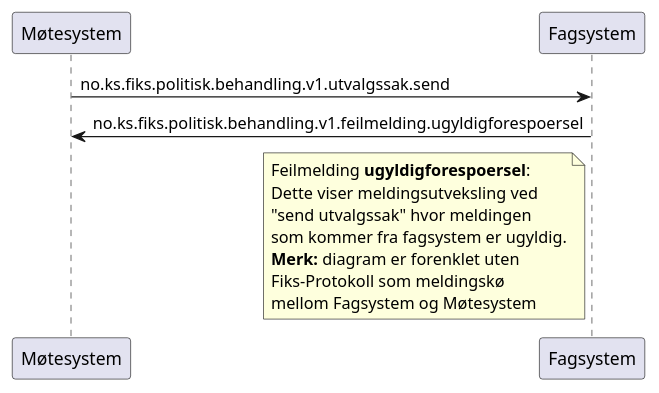
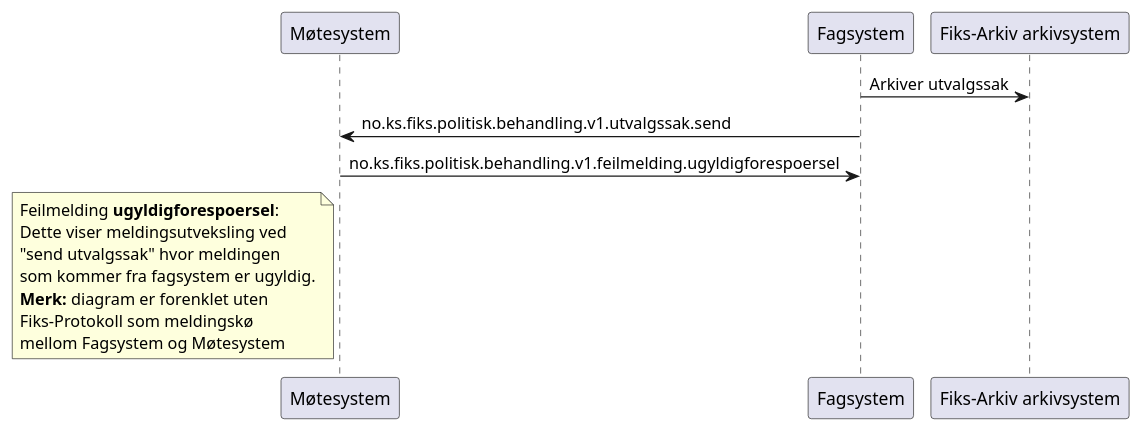
One commit to ks-no/fiks-politisk-behandling-specification changed the diagram in Dokumentasjon/V1/meldingsutveksling/utvalgssak-send/sekvensdiagram/sekvensdiagram-utvalgssak-send-ugyldigforespoersel.puml. Above: the diagram before and after it, drawn with PlantUML. The commit also changed 57 other files, not shown here.

Commit message:
Oppdatert diagrammer og README's i henhold til kommentarer

```diff
--- a/Dokumentasjon/V1/meldingsutveksling/utvalgssak-send/sekvensdiagram/sekvensdiagram-utvalgssak-send-ugyldigforespoersel.puml
+++ b/Dokumentasjon/V1/meldingsutveksling/utvalgssak-send/sekvensdiagram/sekvensdiagram-utvalgssak-send-ugyldigforespoersel.puml
@@ -1,18 +1,20 @@
 @startuml
 participant Møtesystem as "Møtesystem"
 participant Fagsystem as "Fagsystem"
+participant Arkivsystem as "Fiks-Arkiv arkivsystem"
 
-Møtesystem -> Fagsystem : no.ks.fiks.politisk.behandling.v1.utvalgssak.send
-Møtesystem <- Fagsystem : no.ks.fiks.politisk.behandling.v1.feilmelding.ugyldigforespoersel
+Fagsystem -> Arkivsystem : Arkiver utvalgssak
+Fagsystem -> Møtesystem : no.ks.fiks.politisk.behandling.v1.utvalgssak.send
+Fagsystem <- Møtesystem : no.ks.fiks.politisk.behandling.v1.feilmelding.ugyldigforespoersel
 
-note left of Fagsystem
+note left of Møtesystem
 Feilmelding **ugyldigforespoersel**:
 Dette viser meldingsutveksling ved
 "send utvalgssak" hvor meldingen
 som kommer fra fagsystem er ugyldig.
 **Merk:** diagram er forenklet uten
 Fiks-Protokoll som meldingskø
 mellom Fagsystem og Møtesystem
 end note
 
 @enduml
```
